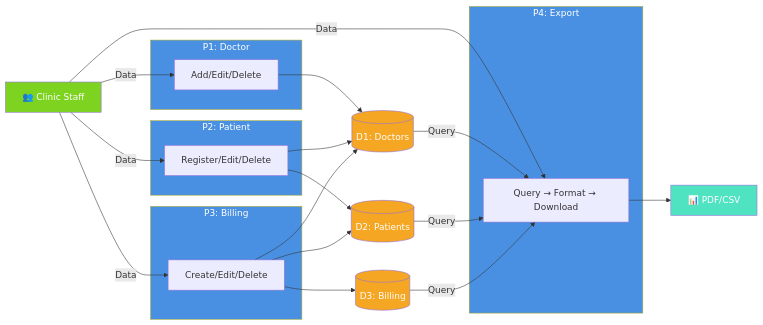
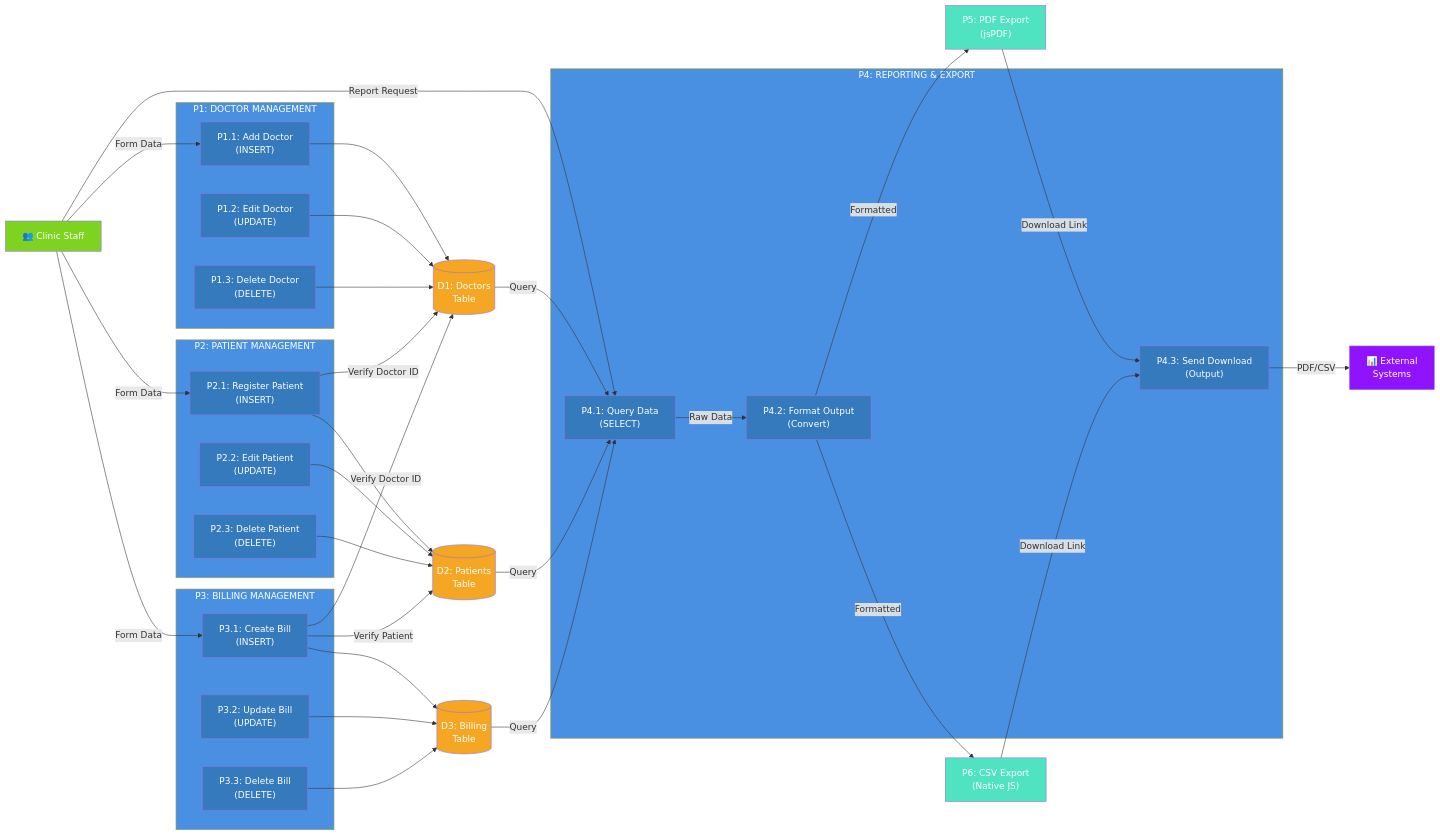
Before and after one commit to jagrutistpy-dot/clinic-management-final: the third of 3 diagrams in README.md, drawn with Mermaid. The commit also changed other lines of this file, not shown here.

Commit message:
level 2 grapf update 1

````diff
--- a/README.md
+++ b/README.md
@@ -343,47 +343,93 @@
 graph LR
     CS["👥 Clinic Staff"]
     
-    subgraph P1["P1: Doctor"]
-        P1_CRUD["Add/Edit/Delete"]
+    subgraph P1["P1: DOCTOR MANAGEMENT"]
+        P1_1["P1.1: Add Doctor<br/>(INSERT)"]
+        P1_2["P1.2: Edit Doctor<br/>(UPDATE)"]
+        P1_3["P1.3: Delete Doctor<br/>(DELETE)"]
     end
     
-    subgraph P2["P2: Patient"]
-        P2_CRUD["Register/Edit/Delete"]
+    subgraph P2["P2: PATIENT MANAGEMENT"]
+        P2_1["P2.1: Register Patient<br/>(INSERT)"]
+        P2_2["P2.2: Edit Patient<br/>(UPDATE)"]
+        P2_3["P2.3: Delete Patient<br/>(DELETE)"]
     end
     
-    subgraph P3["P3: Billing"]
-        P3_CRUD["Create/Edit/Delete"]
+    subgraph P3["P3: BILLING MANAGEMENT"]
+        P3_1["P3.1: Create Bill<br/>(INSERT)"]
+        P3_2["P3.2: Update Bill<br/>(UPDATE)"]
+        P3_3["P3.3: Delete Bill<br/>(DELETE)"]
     end
     
-    subgraph P4["P4: Export"]
-        P4_CRUD["Query → Format → Download"]
+    subgraph P4["P4: REPORTING & EXPORT"]
+        P4_1["P4.1: Query Data<br/>(SELECT)"]
+        P4_2["P4.2: Format Output<br/>(Convert)"]
+        P4_3["P4.3: Send Download<br/>(Output)"]
     end
     
-    D1[("D1: Doctors")]
-    D2[("D2: Patients")]
-    D3[("D3: Billing")]
+    D1[("D1: Doctors<br/>Table")]
+    D2[("D2: Patients<br/>Table")]
+    D3[("D3: Billing<br/>Table")]
     
-    OUT["📊 PDF/CSV"]
+    P5["P5: PDF Export<br/>(jsPDF)"]
+    P6["P6: CSV Export<br/>(Native JS)"]
     
-    CS -->|Data| P1_CRUD & P2_CRUD & P3_CRUD & P4_CRUD
+    EXP["📊 External<br/>Systems"]
     
-    P1_CRUD --> D1
-    P2_CRUD --> D1
-    P2_CRUD --> D2
-    P3_CRUD --> D1
-    P3_CRUD --> D2
-    P3_CRUD --> D3
+    CS -->|Form Data| P1_1
+    CS -->|Form Data| P2_1
+    CS -->|Form Data| P3_1
+    CS -->|Report Request| P4_1
     
-    D1 & D2 & D3 -->|Query| P4_CRUD
-    P4_CRUD --> OUT
+    P1_1 --> D1
+    P1_2 --> D1
+    P1_3 --> D1
+    
+    P2_1 -->|Verify Doctor ID| D1
+    P2_1 --> D2
+    P2_2 --> D2
+    P2_3 --> D2
+    
+    P3_1 -->|Verify Doctor ID| D1
+    P3_1 -->|Verify Patient| D2
+    P3_1 --> D3
+    P3_2 --> D3
+    P3_3 --> D3
+    
+    D1 -->|Query| P4_1
+    D2 -->|Query| P4_1
+    D3 -->|Query| P4_1
+    
+    P4_1 -->|Raw Data| P4_2
+    P4_2 -->|Formatted| P5
+    P4_2 -->|Formatted| P6
+    
+    P5 -->|Download Link| P4_3
+    P6 -->|Download Link| P4_3
+    
+    P4_3 -->|PDF/CSV| EXP
     
     style P1 fill:#4A90E2,color:#fff
     style P2 fill:#4A90E2,color:#fff
     style P3 fill:#4A90E2,color:#fff
     style P4 fill:#4A90E2,color:#fff
+    style P1_1 fill:#357ABD,color:#fff
+    style P1_2 fill:#357ABD,color:#fff
+    style P1_3 fill:#357ABD,color:#fff
+    style P2_1 fill:#357ABD,color:#fff
+    style P2_2 fill:#357ABD,color:#fff
+    style P2_3 fill:#357ABD,color:#fff
+    style P3_1 fill:#357ABD,color:#fff
+    style P3_2 fill:#357ABD,color:#fff
+    style P3_3 fill:#357ABD,color:#fff
+    style P4_1 fill:#357ABD,color:#fff
+    style P4_2 fill:#357ABD,color:#fff
+    style P4_3 fill:#357ABD,color:#fff
     style D1 fill:#F5A623,color:#fff
     style D2 fill:#F5A623,color:#fff
     style D3 fill:#F5A623,color:#fff
+    style P5 fill:#50E3C2,color:#fff
+    style P6 fill:#50E3C2,color:#fff
     style CS fill:#7ED321,color:#fff
-    style OUT fill:#50E3C2,color:#fff
+    style EXP fill:#9013FE,color:#fff
 ```
````
